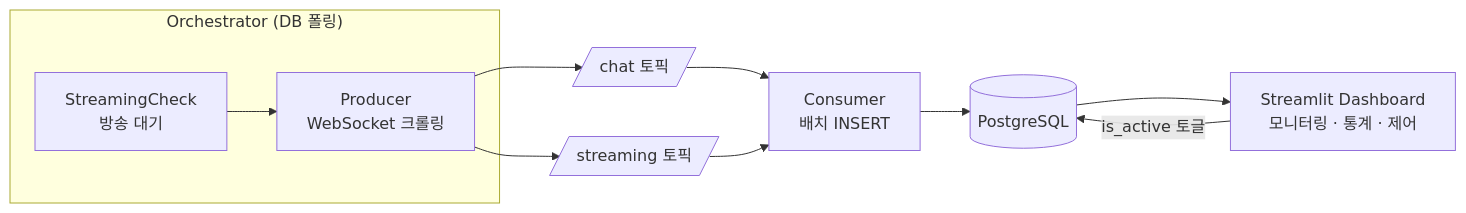
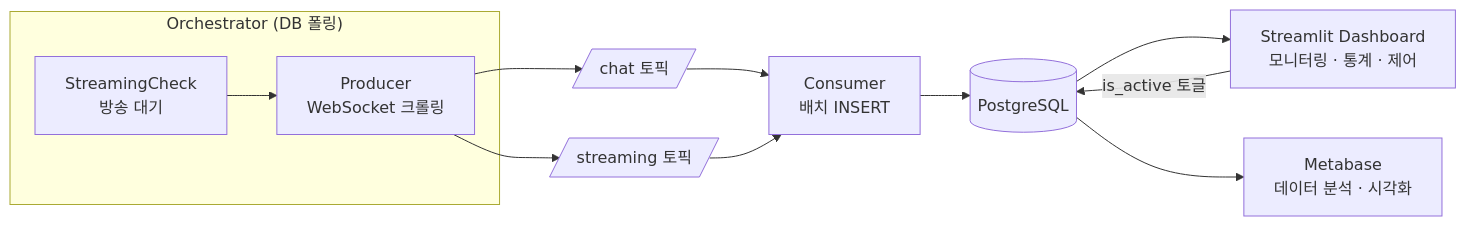
Before and after one commit to uowol/Chzzk-Data-Analytics: the diagram in README.md, drawn with Mermaid. The commit also changed other lines of this file, not shown here.

````diff
--- a/README.md
+++ b/README.md
@@ -11,17 +11,18 @@
 ```mermaid
 graph LR
     subgraph Orchestrator["Orchestrator (DB 폴링)"]
         SC[StreamingCheck<br/>방송 대기] --> P[Producer<br/>WebSocket 크롤링]
     end
 
     P --> K1[/chat 토픽/]
     P --> K2[/streaming 토픽/]
 
     K1 --> C[Consumer<br/>배치 INSERT]
     K2 --> C
 
     C --> DB[(PostgreSQL)]
 
     DB --> D[Streamlit Dashboard<br/>모니터링 · 통계 · 제어]
     D -->|is_active 토글| DB
+    DB --> MB[Metabase<br/>데이터 분석 · 시각화]
 ```
````
